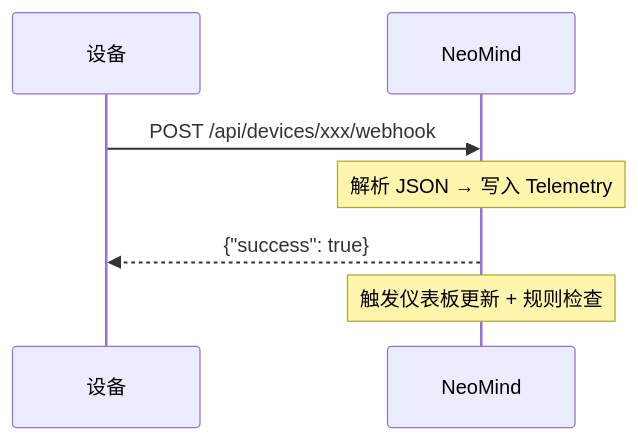
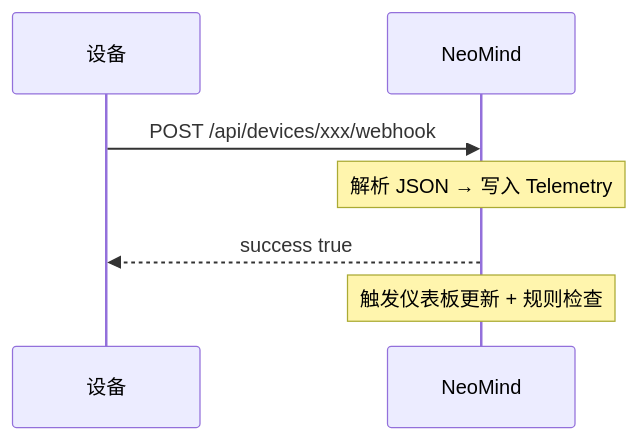
Before and after one commit to luommy/wiki-documents: the second of 2 diagrams in docs/0-neomind/concepts/1-glossary.md, drawn with Mermaid. The commit also changed 32 other files, not shown here.

First line of the commit message:
docs(neomind/case-studies): 修复 Mermaid 解析错误、内联枚举、NE101 虚构指令

````diff
--- a/docs/0-neomind/concepts/1-glossary.md
+++ b/docs/0-neomind/concepts/1-glossary.md
@@ -420,9 +420,9 @@
 ```mermaid
 sequenceDiagram
     participant D as 设备
     participant N as NeoMind
     D->>N: POST /api/devices/xxx/webhook
     Note over N: 解析 JSON → 写入 Telemetry
-    N-->>D: {"success": true}
+    N-->>D: success true
     Note over N: 触发仪表板更新 + 规则检查
 ```
````
